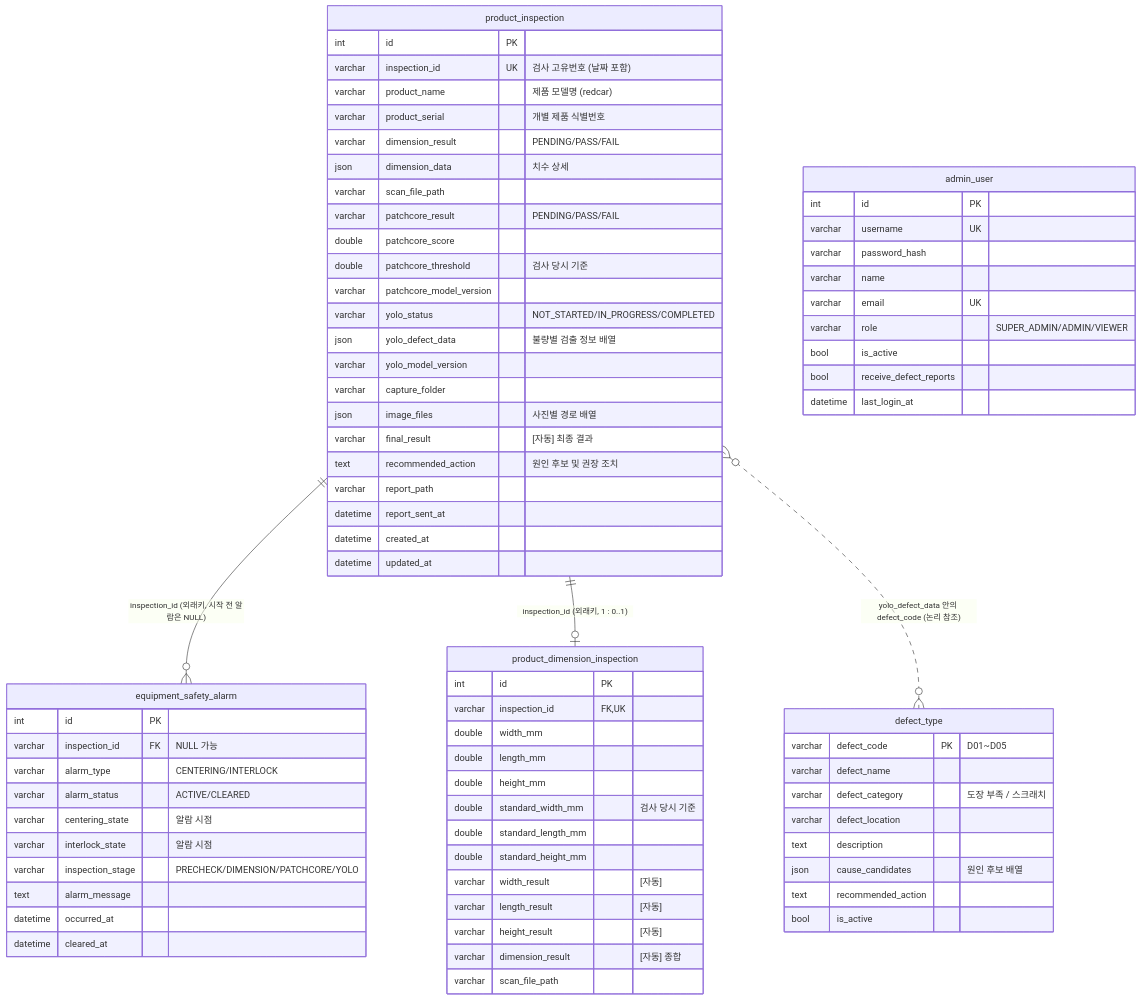
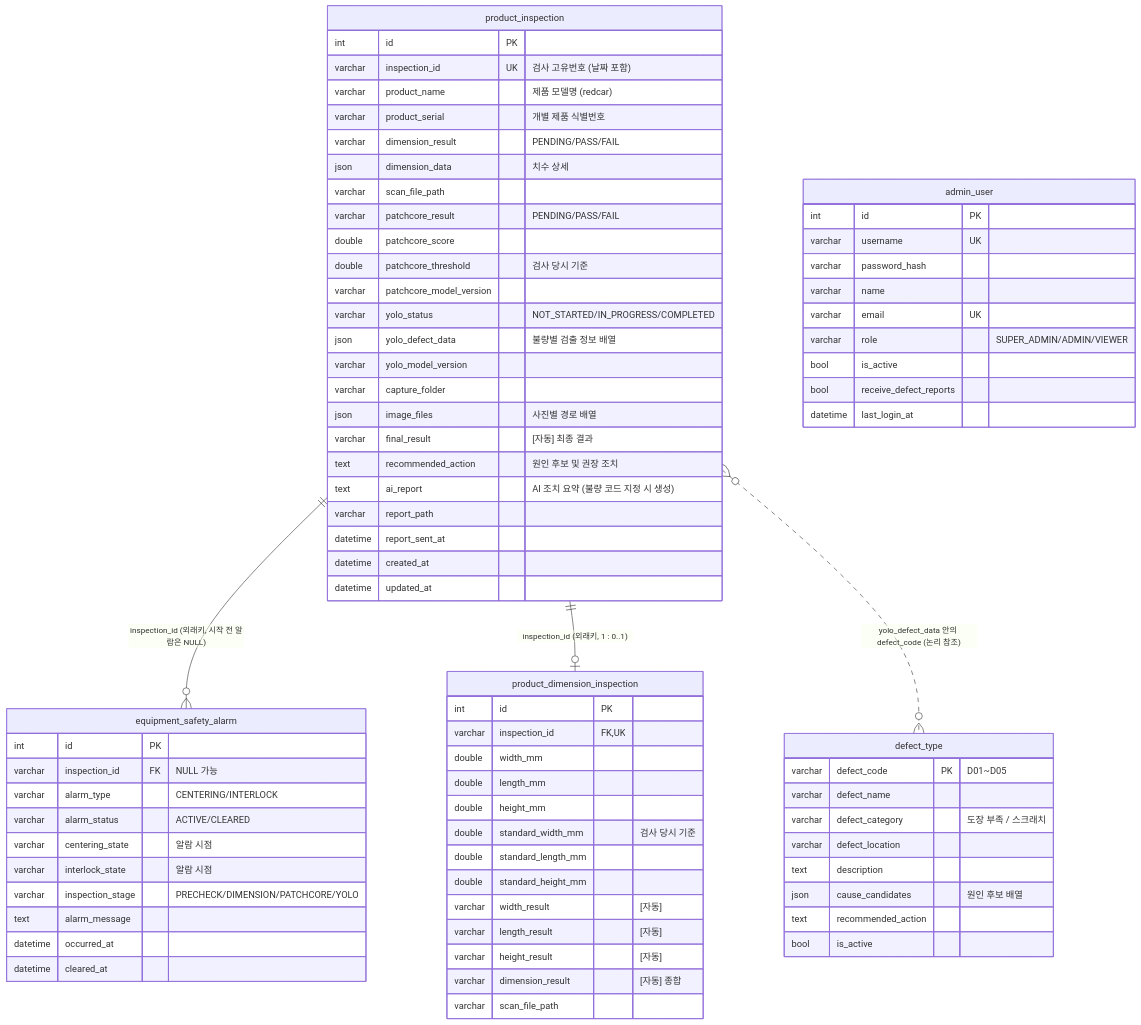
The diagram in docs/ARCHITECTURE.md (manypeoplesssssss/VisionQC-MES), drawn with Mermaid before and after one commit. The commit also changed other lines of this file and 19 other files, not shown here.

````diff
--- a/docs/ARCHITECTURE.md
+++ b/docs/ARCHITECTURE.md
@@ -129,79 +129,80 @@
 ```mermaid
 erDiagram
     product_inspection ||--o{ equipment_safety_alarm : "inspection_id (외래키, 시작 전 알람은 NULL)"
     product_inspection ||--o| product_dimension_inspection : "inspection_id (외래키, 1 : 0..1)"
     product_inspection }o..o{ defect_type : "yolo_defect_data 안의 defect_code (논리 참조)"
 
     product_inspection {
         int id PK
         varchar inspection_id UK "검사 고유번호 (날짜 포함)"
         varchar product_name "제품 모델명 (redcar)"
         varchar product_serial "개별 제품 식별번호"
         varchar dimension_result "PENDING/PASS/FAIL"
         json dimension_data "치수 상세"
         varchar scan_file_path
         varchar patchcore_result "PENDING/PASS/FAIL"
         double patchcore_score
         double patchcore_threshold "검사 당시 기준"
         varchar patchcore_model_version
         varchar yolo_status "NOT_STARTED/IN_PROGRESS/COMPLETED"
         json yolo_defect_data "불량별 검출 정보 배열"
         varchar yolo_model_version
         varchar capture_folder
         json image_files "사진별 경로 배열"
         varchar final_result "[자동] 최종 결과"
         text recommended_action "원인 후보 및 권장 조치"
+        text ai_report "AI 조치 요약 (불량 코드 지정 시 생성)"
         varchar report_path
         datetime report_sent_at
         datetime created_at
         datetime updated_at
     }
     product_dimension_inspection {
         int id PK
         varchar inspection_id FK,UK
         double width_mm
         double length_mm
         double height_mm
         double standard_width_mm "검사 당시 기준"
         double standard_length_mm
         double standard_height_mm
         varchar width_result "[자동]"
         varchar length_result "[자동]"
         varchar height_result "[자동]"
         varchar dimension_result "[자동] 종합"
         varchar scan_file_path
     }
     defect_type {
         varchar defect_code PK "D01~D05"
         varchar defect_name
         varchar defect_category "도장 부족 / 스크래치"
         varchar defect_location
         text description
         json cause_candidates "원인 후보 배열"
         text recommended_action
         bool is_active
     }
     equipment_safety_alarm {
         int id PK
         varchar inspection_id FK "NULL 가능"
         varchar alarm_type "CENTERING/INTERLOCK"
         varchar alarm_status "ACTIVE/CLEARED"
         varchar centering_state "알람 시점"
         varchar interlock_state "알람 시점"
         varchar inspection_stage "PRECHECK/DIMENSION/PATCHCORE/YOLO"
         text alarm_message
         datetime occurred_at
         datetime cleared_at
     }
     admin_user {
         int id PK
         varchar username UK
         varchar password_hash
         varchar name
         varchar email UK
         varchar role "SUPER_ADMIN/ADMIN/VIEWER"
         bool is_active
         bool receive_defect_reports
         datetime last_login_at
     }
 ```
````
